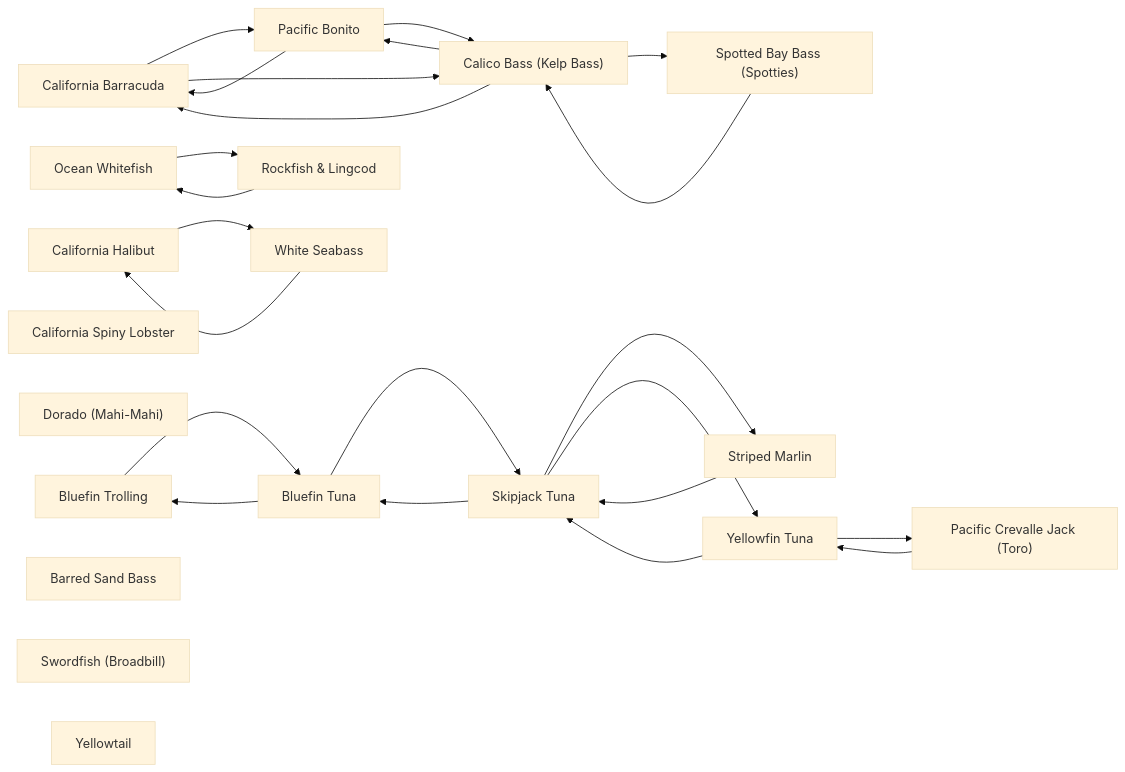
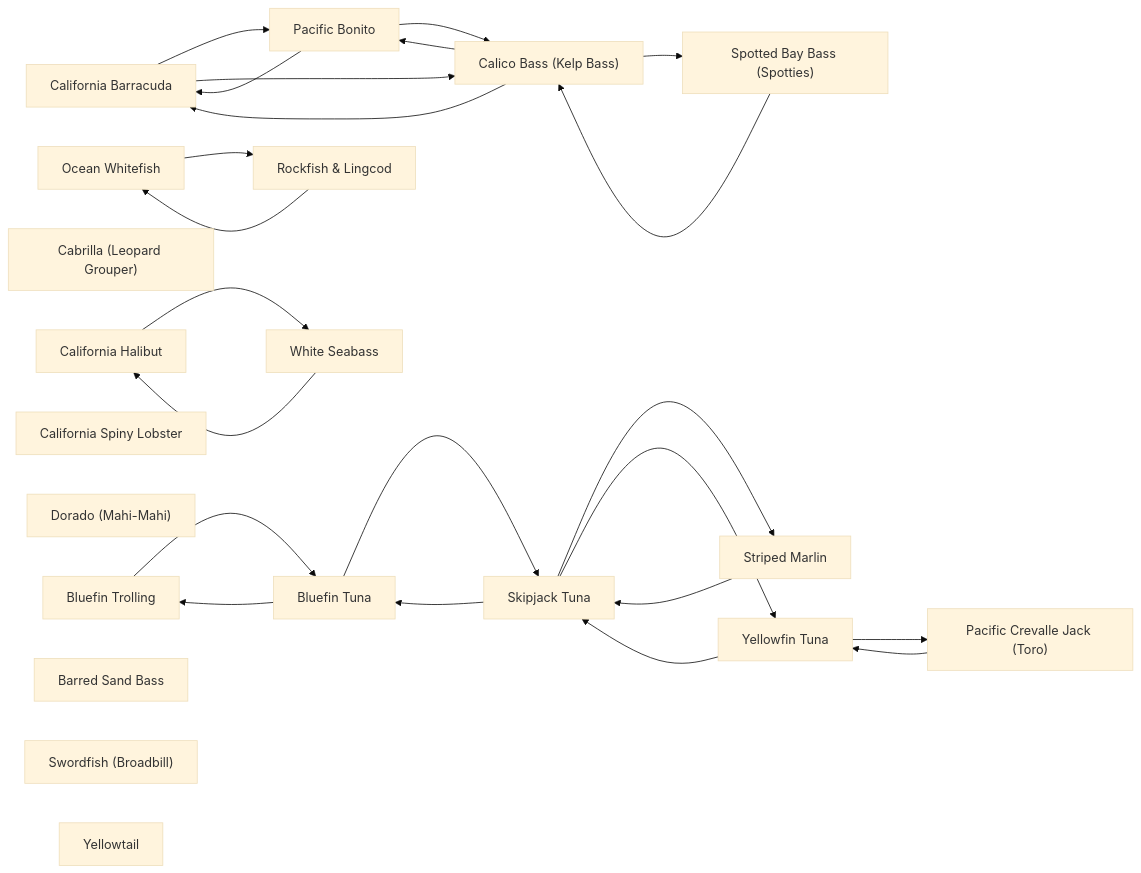
Before and after one commit to camchuckpete-max/Socal-Fishing-Knowledge: the diagram in species/README.md, drawn with Mermaid (base theme). The commit also changed other lines of this file and 12 other files, not shown here.

````diff
--- a/species/README.md
+++ b/species/README.md
@@ -32,44 +33,45 @@
 ```mermaid
 graph LR
   n0["California Barracuda"]
   n1["Bluefin Trolling"]
   n2["Bluefin Tuna"]
   n3["Pacific Bonito"]
-  n4["Calico Bass (Kelp Bass)"]
-  n5["California Halibut"]
-  n6["California Spiny Lobster"]
-  n7["Dorado (Mahi-Mahi)"]
-  n8["Ocean Whitefish"]
-  n9["Pacific Crevalle Jack (Toro)"]
-  n10["Rockfish & Lingcod"]
-  n11["Barred Sand Bass"]
-  n12["Skipjack Tuna"]
-  n13["Spotted Bay Bass (Spotties)"]
-  n14["Striped Marlin"]
-  n15["Swordfish (Broadbill)"]
-  n16["White Seabass"]
-  n17["Yellowfin Tuna"]
-  n18["Yellowtail"]
+  n4["Cabrilla (Leopard Grouper)"]
+  n5["Calico Bass (Kelp Bass)"]
+  n6["California Halibut"]
+  n7["California Spiny Lobster"]
+  n8["Dorado (Mahi-Mahi)"]
+  n9["Ocean Whitefish"]
+  n10["Pacific Crevalle Jack (Toro)"]
+  n11["Rockfish & Lingcod"]
+  n12["Barred Sand Bass"]
+  n13["Skipjack Tuna"]
+  n14["Spotted Bay Bass (Spotties)"]
+  n15["Striped Marlin"]
+  n16["Swordfish (Broadbill)"]
+  n17["White Seabass"]
+  n18["Yellowfin Tuna"]
+  n19["Yellowtail"]
   n0 --> n3
-  n0 --> n4
+  n0 --> n5
   n1 --> n2
-  n10 --> n8
-  n12 --> n14
-  n12 --> n17
-  n12 --> n2
-  n13 --> n4
-  n14 --> n12
-  n16 --> n5
-  n17 --> n12
-  n17 --> n9
+  n10 --> n18
+  n11 --> n9
+  n13 --> n15
+  n13 --> n18
+  n13 --> n2
+  n14 --> n5
+  n15 --> n13
+  n17 --> n6
+  n18 --> n10
+  n18 --> n13
   n2 --> n1
-  n2 --> n12
+  n2 --> n13
   n3 --> n0
-  n3 --> n4
-  n4 --> n0
-  n4 --> n13
-  n4 --> n3
-  n5 --> n16
-  n8 --> n10
-  n9 --> n17
+  n3 --> n5
+  n5 --> n0
+  n5 --> n14
+  n5 --> n3
+  n6 --> n17
+  n9 --> n11
 ```
````
